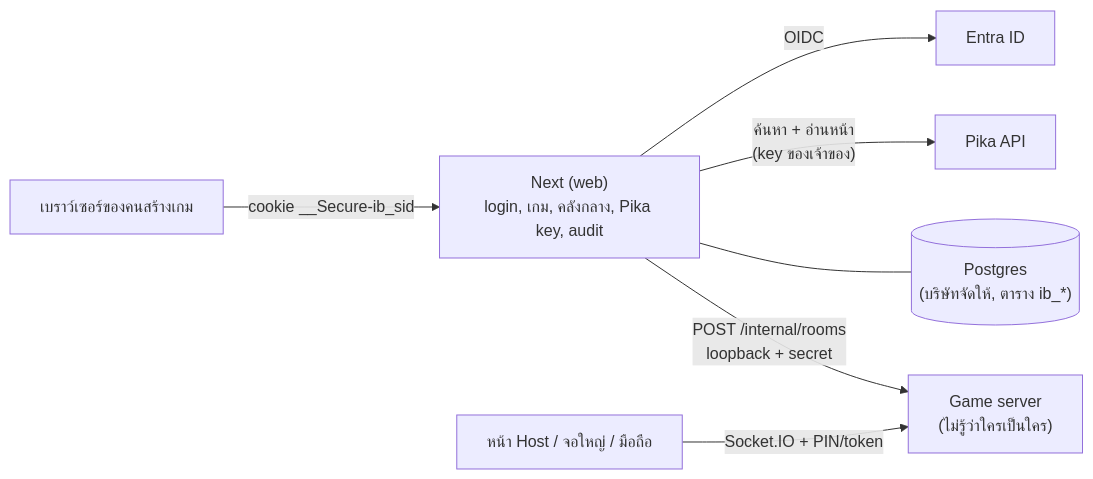
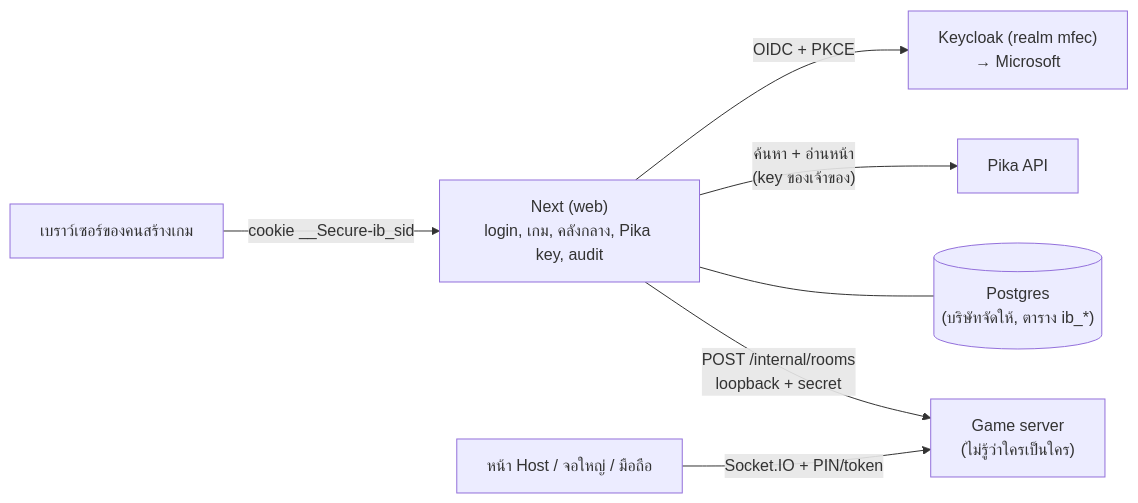
Before and after one commit to sakanarm/IcebreakerArena: the fourth of 4 diagrams in docs/ROADMAP.md, drawn with Mermaid. The commit also changed other lines of this file and 17 other files, not shown here.

````diff
--- a/docs/ROADMAP.md
+++ b/docs/ROADMAP.md
@@ -1052,9 +1053,9 @@
 ```mermaid
 flowchart LR
   B["เบราว์เซอร์ของคนสร้างเกม"] -- "cookie __Secure-ib_sid" --> N["Next (web)<br/>login, เกม, คลังกลาง, Pika key, audit"]
-  N -- "OIDC" --> E["Entra ID"]
+  N -- "OIDC + PKCE" --> E["Keycloak (realm mfec)<br/>→ Microsoft"]
   N -- "ค้นหา + อ่านหน้า<br/>(key ของเจ้าของ)" --> P["Pika API"]
   N --- D[("Postgres<br/>(บริษัทจัดให้, ตาราง ib_*)")]
   N -- "POST /internal/rooms<br/>loopback + secret" --> G["Game server<br/>(ไม่รู้ว่าใครเป็นใคร)"]
   H["หน้า Host / จอใหญ่ / มือถือ"] -- "Socket.IO + PIN/token" --> G
 ```
````
